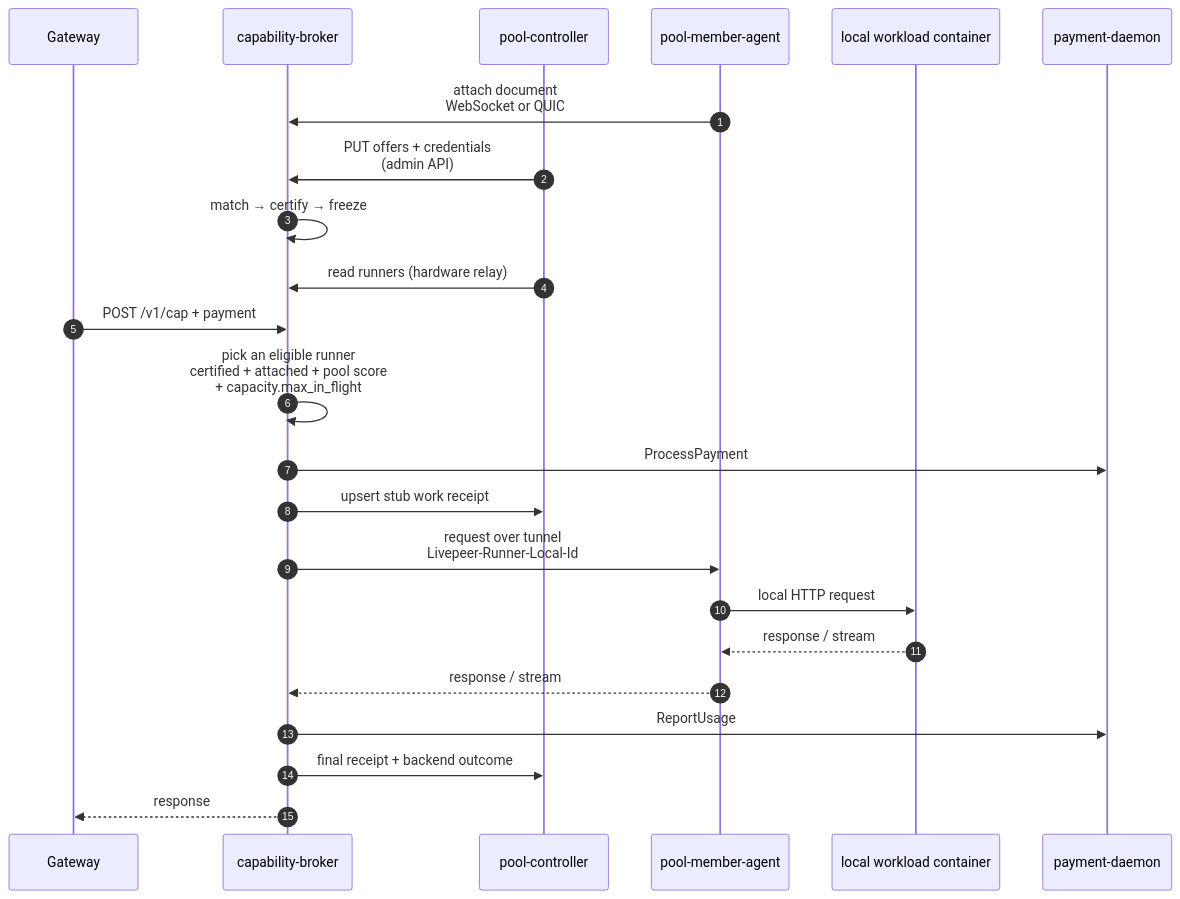
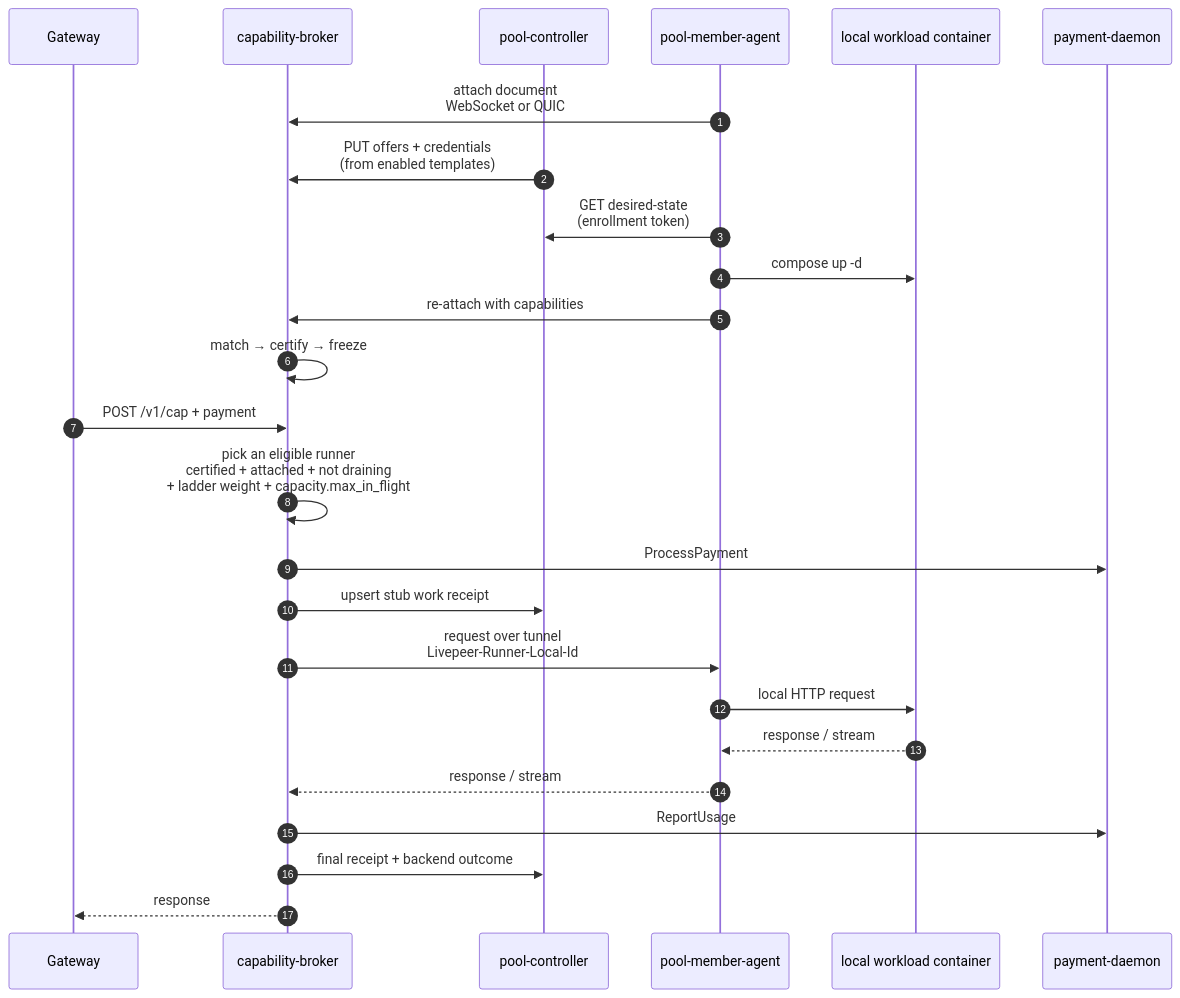
One commit to Cloud-SPE/livepeer-network-modules changed the diagram in docs/design-docs/pool-overlay-flows.md. Above: the diagram before and after it, drawn with Mermaid. The commit also changed other lines of this file and 23 other files, not shown here.

````diff
--- a/docs/design-docs/pool-overlay-flows.md
+++ b/docs/design-docs/pool-overlay-flows.md
@@ -56,27 +163,29 @@
 ```mermaid
 sequenceDiagram
     autonumber
     participant GW as Gateway
     participant CB as capability-broker
     participant PC as pool-controller
     participant Agent as pool-member-agent
     participant Runner as local workload container
     participant PD as payment-daemon
 
     Agent->>CB: attach document<br/>WebSocket or QUIC
-    PC->>CB: PUT offers + credentials<br/>(admin API)
+    PC->>CB: PUT offers + credentials<br/>(from enabled templates)
+    Agent->>PC: GET desired-state<br/>(enrollment token)
+    Agent->>Runner: compose up -d
+    Agent->>CB: re-attach with capabilities
     CB->>CB: match → certify → freeze
-    PC->>CB: read runners (hardware relay)
 
     GW->>CB: POST /v1/cap + payment
-    CB->>CB: pick an eligible runner<br/>certified + attached + pool score<br/>+ capacity.max_in_flight
+    CB->>CB: pick an eligible runner<br/>certified + attached + not draining<br/>+ ladder weight + capacity.max_in_flight
     CB->>PD: ProcessPayment
     CB->>PC: upsert stub work receipt
     CB->>Agent: request over tunnel<br/>Livepeer-Runner-Local-Id
     Agent->>Runner: local HTTP request
     Runner-->>Agent: response / stream
     Agent-->>CB: response / stream
     CB->>PD: ReportUsage
     CB->>PC: final receipt + backend outcome
     CB-->>GW: response
 ```
````
